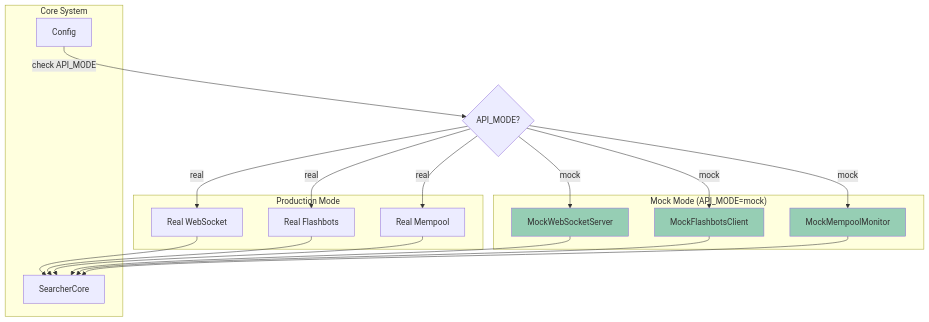
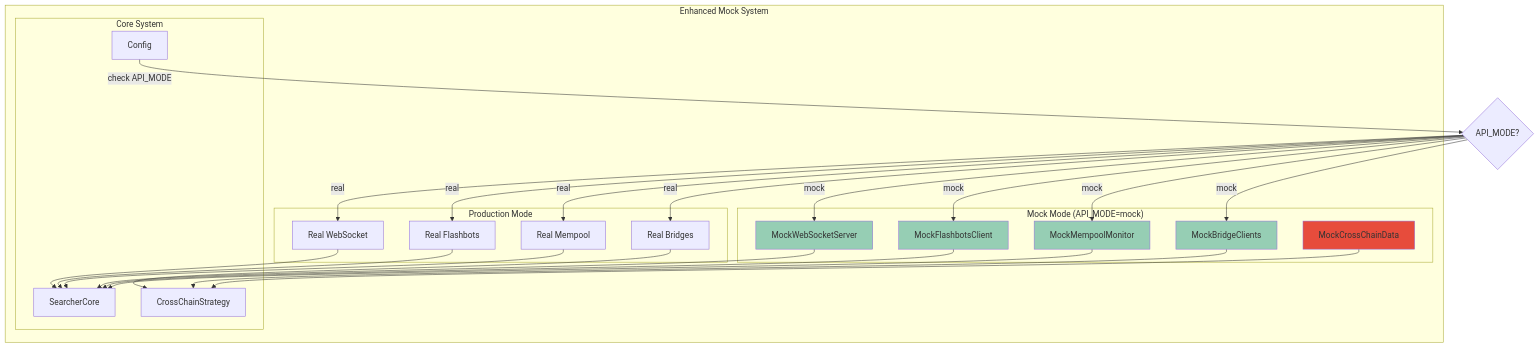
One commit to blockbit-hama/xCrack changed the tenth of 15 diagrams in docs/ARCHITECTURE.md. Above: the diagram before and after it, drawn with Mermaid. The commit also changed other lines of this file and 33 other files, not shown here.

````diff
--- a/docs/ARCHITECTURE.md
+++ b/docs/ARCHITECTURE.md
@@ -1561,40 +824,53 @@
 ```mermaid
 graph TB
-    subgraph "Production Mode"
-        PROD_WS[Real WebSocket] 
-        PROD_FB[Real Flashbots]
-        PROD_MM[Real Mempool]
-    end
+    subgraph "Enhanced Mock System"
+        subgraph "Production Mode"
+            PROD_WS[Real WebSocket] 
+            PROD_FB[Real Flashbots]
+            PROD_MM[Real Mempool]
+            PROD_BRIDGES[Real Bridges]
+        end
 
-    subgraph "Mock Mode (API_MODE=mock)"
-        MOCK_WS[MockWebSocketServer]
-        MOCK_FB[MockFlashbotsClient]
-        MOCK_MM[MockMempoolMonitor]
-    end
+        subgraph "Mock Mode (API_MODE=mock)"
+            MOCK_WS[MockWebSocketServer]
+            MOCK_FB[MockFlashbotsClient]
+            MOCK_MM[MockMempoolMonitor]
+            MOCK_BRIDGES[MockBridgeClients]
+            MOCK_CROSS_CHAIN[MockCrossChainData]
+        end
 
-    subgraph "Core System"
-        SC[SearcherCore]
-        CONFIG[Config]
+        subgraph "Core System"
+            SC[SearcherCore]
+            CONFIG[Config]
+            CROSS_CHAIN[CrossChainStrategy]
+        end
     end
 
     CONFIG -->|check API_MODE| SWITCH{API_MODE?}
     SWITCH -->|real| PROD_WS
     SWITCH -->|real| PROD_FB
     SWITCH -->|real| PROD_MM
+    SWITCH -->|real| PROD_BRIDGES
     
     SWITCH -->|mock| MOCK_WS
     SWITCH -->|mock| MOCK_FB
     SWITCH -->|mock| MOCK_MM
+    SWITCH -->|mock| MOCK_BRIDGES
 
     PROD_WS --> SC
     PROD_FB --> SC
     PROD_MM --> SC
+    PROD_BRIDGES --> CROSS_CHAIN
     
     MOCK_WS --> SC
     MOCK_FB --> SC
     MOCK_MM --> SC
+    MOCK_BRIDGES --> CROSS_CHAIN
+    MOCK_CROSS_CHAIN --> CROSS_CHAIN
 
     style MOCK_WS fill:#96ceb4
     style MOCK_FB fill:#96ceb4
     style MOCK_MM fill:#96ceb4
+    style MOCK_BRIDGES fill:#96ceb4
+    style MOCK_CROSS_CHAIN fill:#e74c3c
 ```
````
